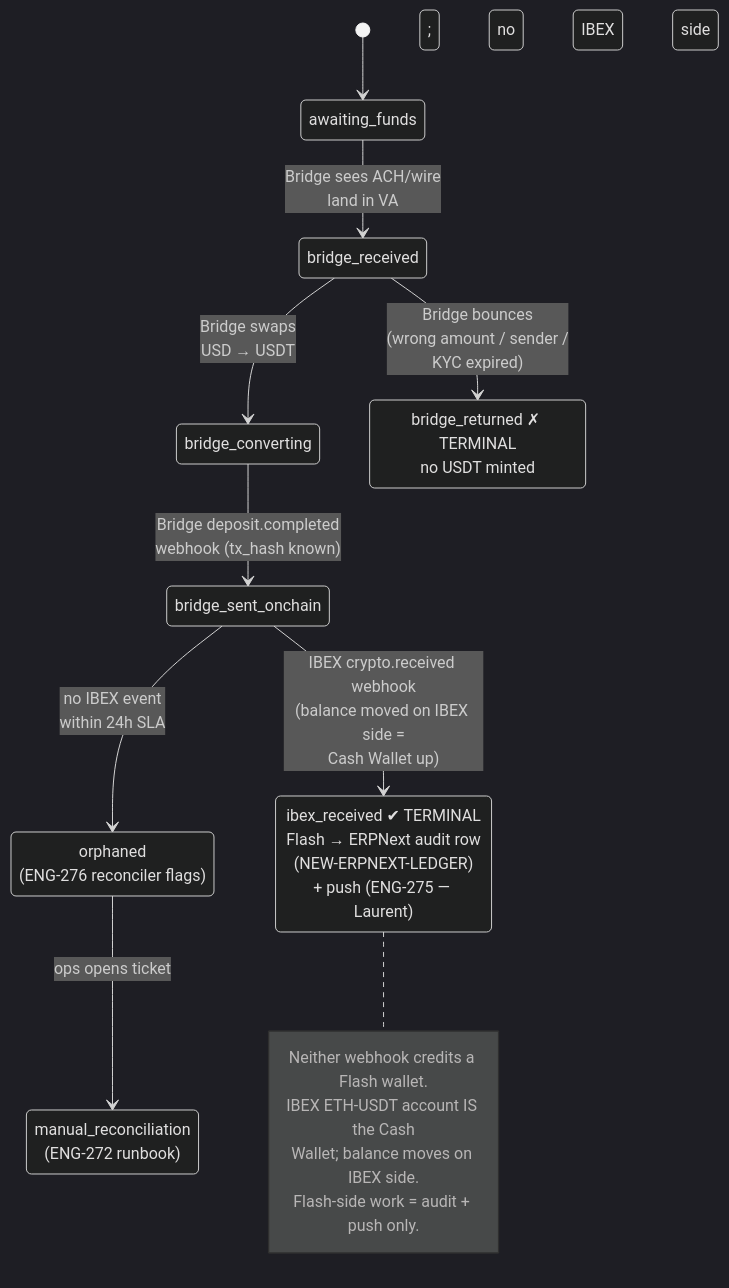
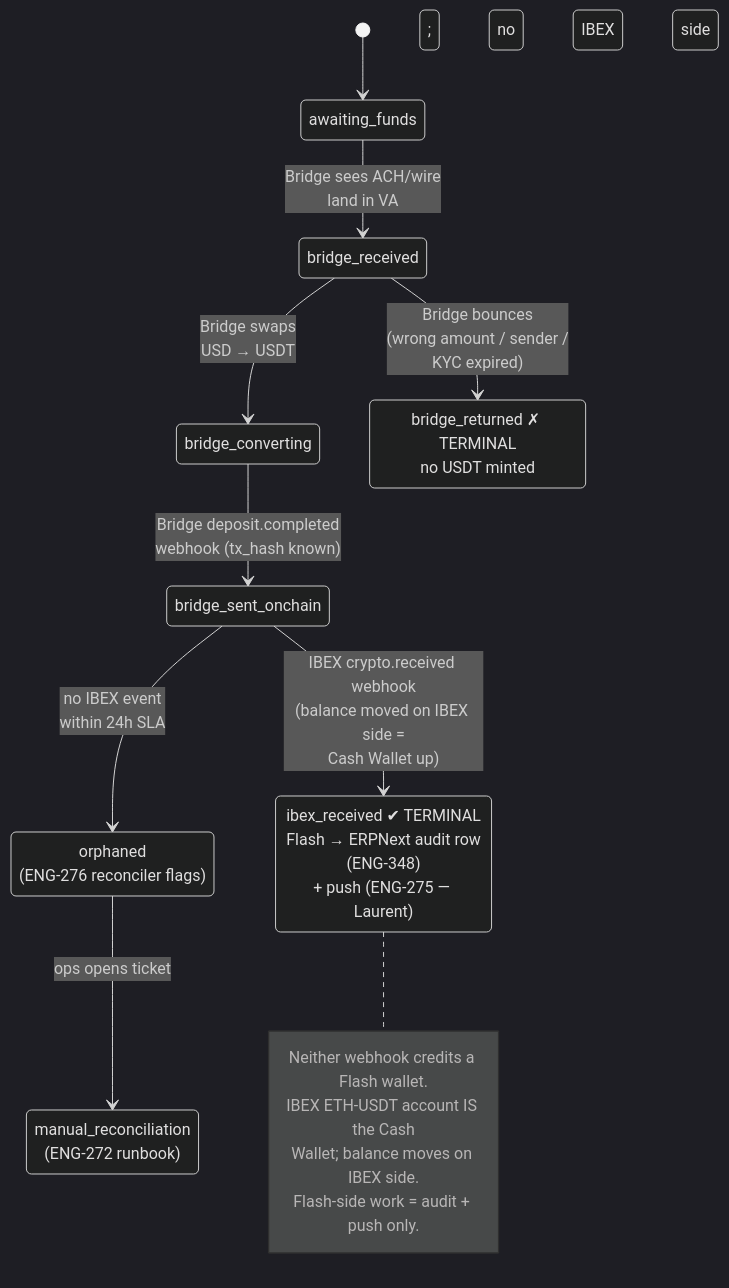
One commit to lnflash/flash changed the fourth of 10 diagrams in docs/bridge-integration/FLOWS.md. Above: the diagram before and after it, drawn with Mermaid (dark theme). The commit also changed other lines of this file and 9 other files, not shown here.

````diff
--- a/docs/bridge-integration/FLOWS.md
+++ b/docs/bridge-integration/FLOWS.md
@@ -227,24 +227,24 @@
 ```mermaid
 stateDiagram-v2
     direction TB
     [*] --> awaiting_funds
     awaiting_funds --> bridge_received: Bridge sees ACH/wire<br/>land in VA
     bridge_received --> bridge_converting: Bridge swaps<br/>USD → USDT
     bridge_converting --> bridge_sent_onchain: Bridge deposit.completed<br/>webhook (tx_hash known)
     bridge_sent_onchain --> ibex_received: IBEX crypto.received webhook<br/>(balance moved on IBEX side =<br/>Cash Wallet up)
     bridge_sent_onchain --> orphaned: no IBEX event<br/>within 24h SLA
     orphaned --> manual_reconciliation: ops opens ticket
     bridge_received --> bridge_returned: Bridge bounces<br/>(wrong amount / sender /<br/>KYC expired)
 
-    ibex_received: ibex_received ✔ TERMINAL<br/>Flash → ERPNext audit row<br/>(NEW-ERPNEXT-LEDGER)<br/>+ push (ENG-275 — Laurent)
+    ibex_received: ibex_received ✔ TERMINAL<br/>Flash → ERPNext audit row<br/>(ENG-348)<br/>+ push (ENG-275 — Laurent)
     bridge_returned: bridge_returned ✗ TERMINAL<br/>no USDT minted; no IBEX side
     orphaned: orphaned<br/>(ENG-276 reconciler flags)
     manual_reconciliation: manual_reconciliation<br/>(ENG-272 runbook)
 
     note right of ibex_received
         Neither webhook credits a Flash wallet.
         IBEX ETH-USDT account IS the Cash
         Wallet; balance moves on IBEX side.
         Flash-side work = audit + push only.
     end note
 ```
````
